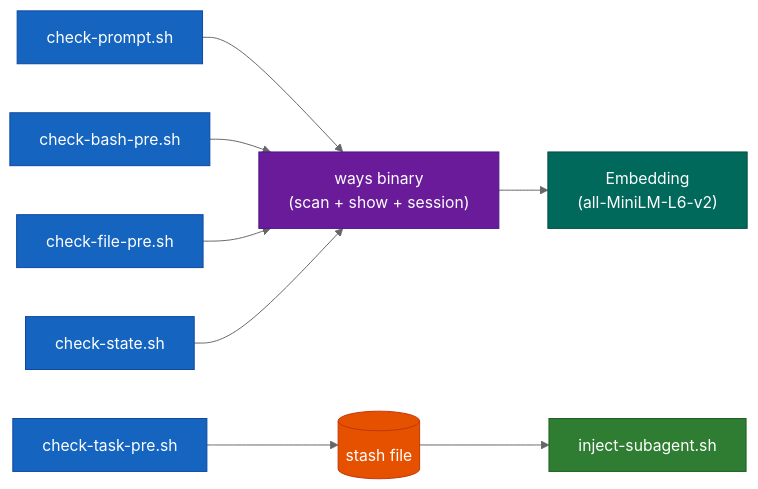
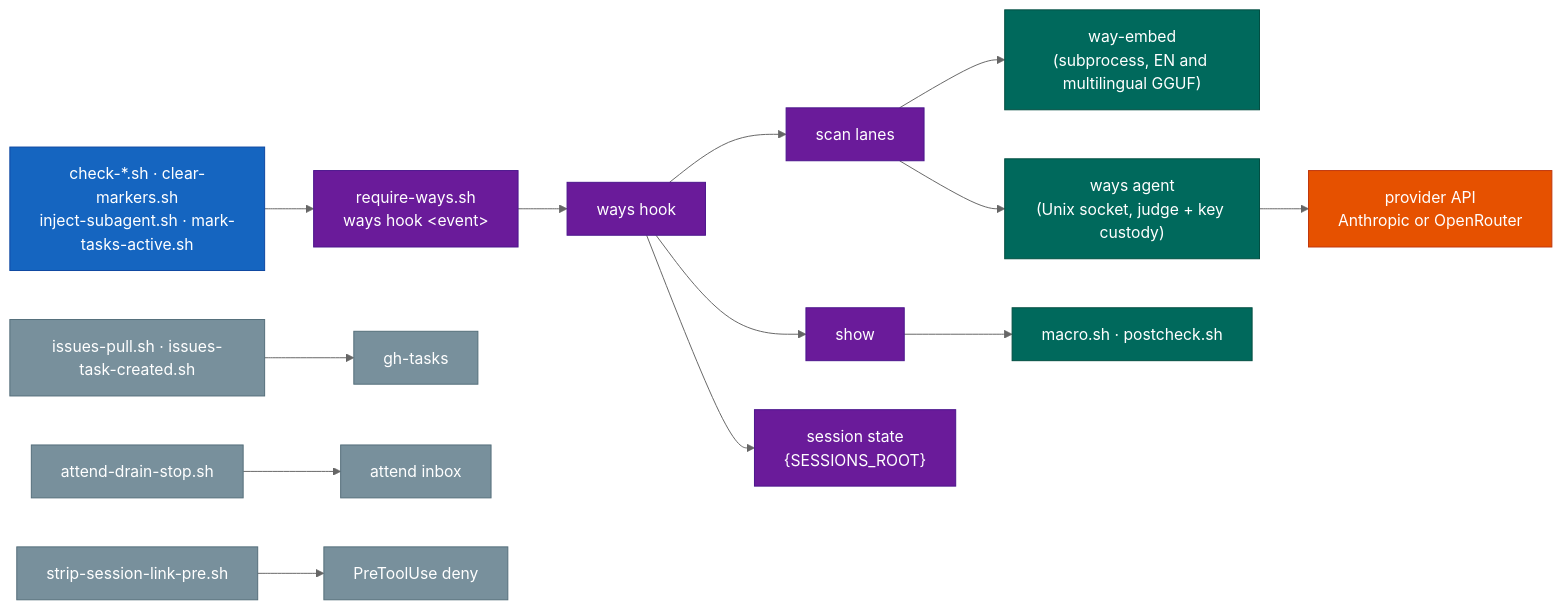
One commit to aaronsb/agent-ways changed diagram 11 of 13 in docs/architecture.md. Above: the diagram before and after it, drawn with Mermaid (neutral theme). The commit also changed other lines of this file and 7 other files, not shown here.

First line of the commit message:
docs(architecture): redraw the ways pipeline for the judge, late-interaction and per-agent state

````diff
--- a/docs/architecture.md
+++ b/docs/architecture.md
@@ -424,18 +516,25 @@
 ```mermaid
 flowchart LR
     classDef trigger fill:#1565C0,stroke:#0D47A1,color:#fff
     classDef shared fill:#6A1B9A,stroke:#4A148C,color:#fff
-    classDef output fill:#2E7D32,stroke:#1B5E20,color:#fff
-    classDef stash fill:#E65100,stroke:#BF360C,color:#fff
     classDef util fill:#00695C,stroke:#004D40,color:#fff
+    classDef ext fill:#E65100,stroke:#BF360C,color:#fff
+    classDef other fill:#78909C,stroke:#546E7A,color:#fff
 
-    WAYS["ways binary<br/>(scan + show + session)"]:::shared --> EMB["Embedding<br/>(all-MiniLM-L6-v2)"]:::util
+    AD["check-*.sh · clear-markers.sh<br/>inject-subagent.sh · mark-tasks-active.sh"]:::trigger
+    RW["require-ways.sh<br/>ways hook &lt;event&gt;"]:::shared
+    AD --> RW
+    RW --> HOOK["ways hook"]:::shared
 
-    CP["check-prompt.sh"]:::trigger --> WAYS
-    CB["check-bash-pre.sh"]:::trigger --> WAYS
-    CF["check-file-pre.sh"]:::trigger --> WAYS
-    CS["check-state.sh"]:::trigger --> WAYS
+    HOOK --> SCAN["scan lanes"]:::shared
+    HOOK --> SHOW["show"]:::shared
+    HOOK --> SESS["session state<br/>{SESSIONS_ROOT}"]:::shared
+    SCAN --> EMB["way-embed<br/>(subprocess, EN and multilingual GGUF)"]:::util
+    SCAN --> AGENT["ways agent<br/>(Unix socket, judge + key custody)"]:::util
+    AGENT --> API["provider API<br/>Anthropic or OpenRouter"]:::ext
+    SHOW --> MAC["macro.sh · postcheck.sh"]:::util
 
-    CT["check-task-pre.sh"]:::trigger --> ST[("stash file")]:::stash
-    ST --> IS["inject-subagent.sh"]:::output
+    IP["issues-pull.sh · issues-task-created.sh"]:::other --> GT["gh-tasks"]:::other
+    AS["attend-drain-stop.sh"]:::other --> AT["attend inbox"]:::other
+    SL["strip-session-link-pre.sh"]:::other --> DENY["PreToolUse deny"]:::other
 ```
````
